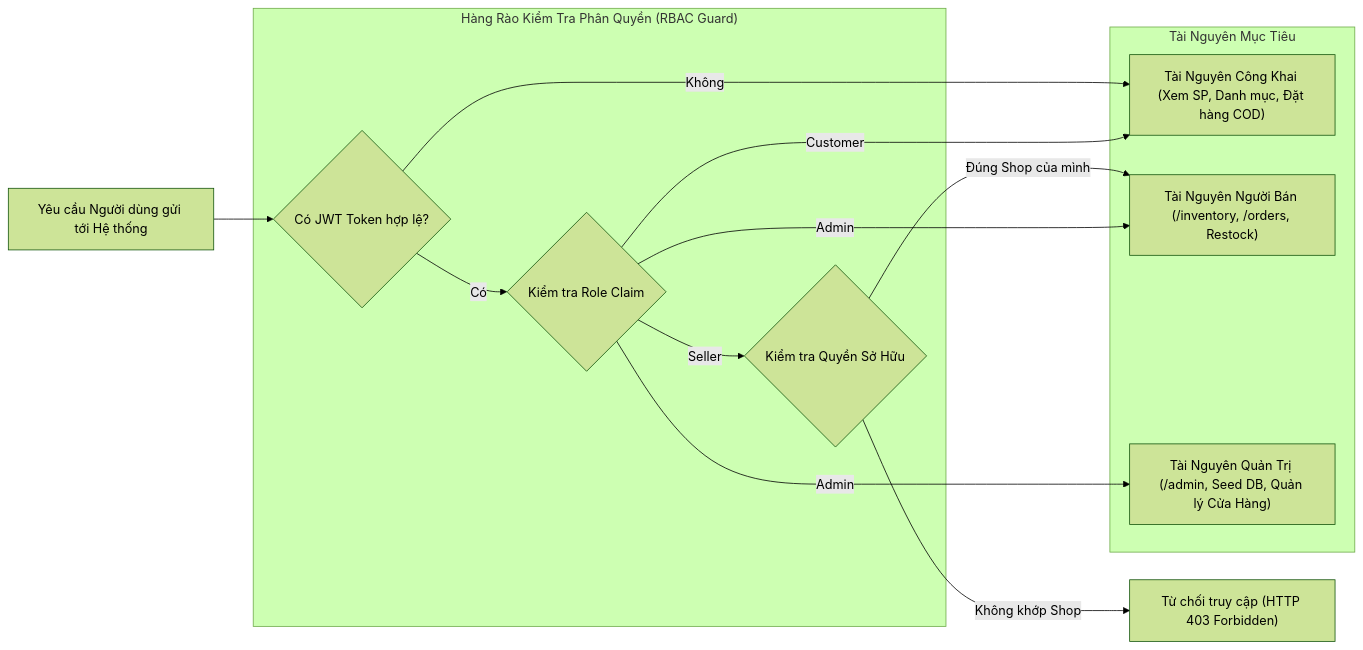
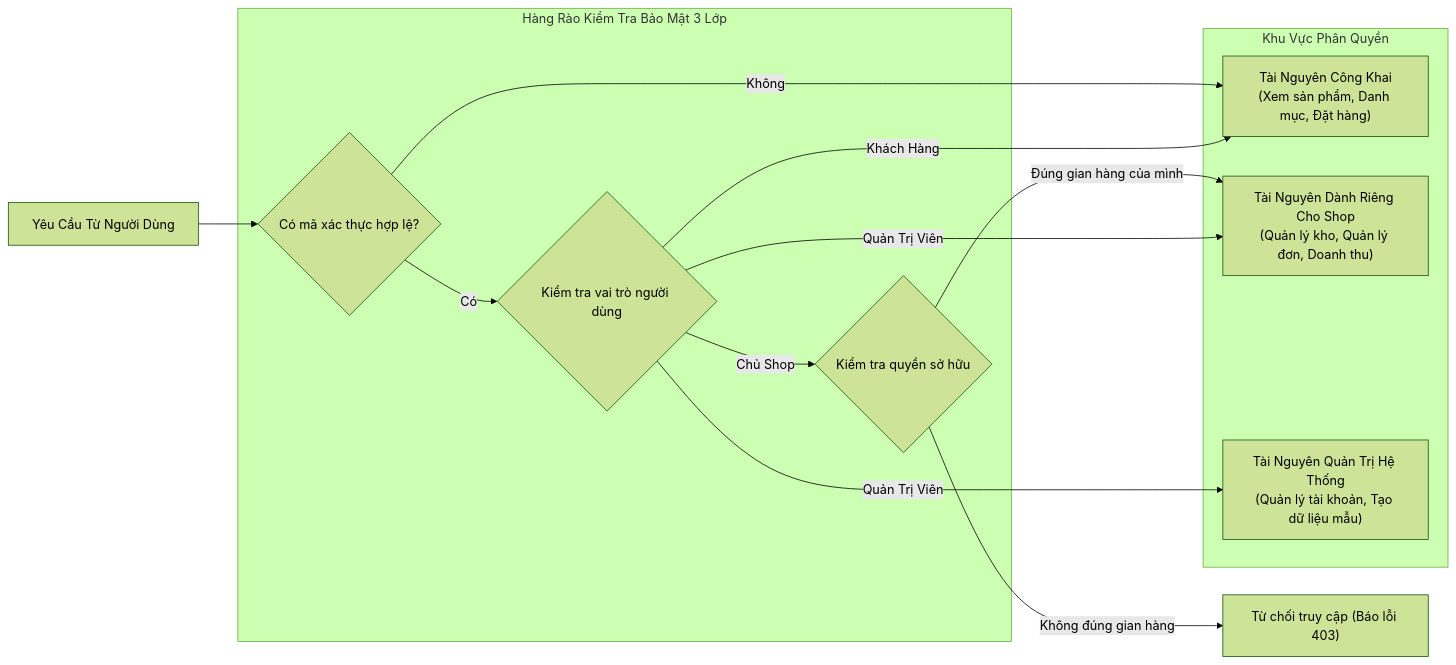
One commit to longthan12334/He-thong-thuong-mai-ien-tu-tich-hop-AI changed diagram 16 of 16 in BAO_CAO_THIET_KE_HE_THONG.md. Above: the diagram before and after it, drawn with Mermaid (forest theme). The commit also changed other lines of this file and 24 other files, not shown here.

````diff
--- a/BAO_CAO_THIET_KE_HE_THONG.md
+++ b/BAO_CAO_THIET_KE_HE_THONG.md
@@ -737,27 +708,27 @@
 ```mermaid
 flowchart LR
-    Request["Yêu cầu Người dùng gửi tới Hệ thống"]
+    Request["Yêu Cầu Từ Người Dùng"]
     
-    subgraph GuardLayer ["Hàng Rào Kiểm Tra Phân Quyền (RBAC Guard)"]
-        TokenCheck{"Có JWT Token hợp lệ?"}
-        RoleCheck{"Kiểm tra Role Claim"}
-        OwnerCheck{"Kiểm tra Quyền Sở Hữu"}
+    subgraph GuardLayer ["Hàng Rào Kiểm Tra Bảo Mật 3 Lớp"]
+        TokenCheck{"Có mã xác thực hợp lệ?"}
+        RoleCheck{"Kiểm tra vai trò người dùng"}
+        OwnerCheck{"Kiểm tra quyền sở hữu"}
     end
 
-    subgraph Targets ["Tài Nguyên Mục Tiêu"]
-        PublicRes["Tài Nguyên Công Khai (Xem SP, Danh mục, Đặt hàng COD)"]
-        SellerRes["Tài Nguyên Người Bán (/inventory, /orders, Restock)"]
-        AdminRes["Tài Nguyên Quản Trị (/admin, Seed DB, Quản lý Cửa Hàng)"]
+    subgraph Targets ["Khu Vực Phân Quyền"]
+        PublicRes["Tài Nguyên Công Khai<br/>(Xem sản phẩm, Danh mục, Đặt hàng)"]
+        SellerRes["Tài Nguyên Dành Riêng Cho Shop<br/>(Quản lý kho, Quản lý đơn, Doanh thu)"]
+        AdminRes["Tài Nguyên Quản Trị Hệ Thống<br/>(Quản lý tài khoản, Tạo dữ liệu mẫu)"]
     end
 
     Request --> TokenCheck
     TokenCheck -- "Không" --> PublicRes
     TokenCheck -- "Có" --> RoleCheck
     
-    RoleCheck -- "Customer" --> PublicRes
-    RoleCheck -- "Seller" --> OwnerCheck
-    OwnerCheck -- "Đúng Shop của mình" --> SellerRes
-    OwnerCheck -- "Không khớp Shop" --> Deny["Từ chối truy cập (HTTP 403 Forbidden)"]
-    RoleCheck -- "Admin" --> AdminRes
-    RoleCheck -- "Admin" --> SellerRes
+    RoleCheck -- "Khách Hàng" --> PublicRes
+    RoleCheck -- "Chủ Shop" --> OwnerCheck
+    OwnerCheck -- "Đúng gian hàng của mình" --> SellerRes
+    OwnerCheck -- "Không đúng gian hàng" --> Deny["Từ chối truy cập (Báo lỗi 403)"]
+    RoleCheck -- "Quản Trị Viên" --> AdminRes
+    RoleCheck -- "Quản Trị Viên" --> SellerRes
 ```
````
